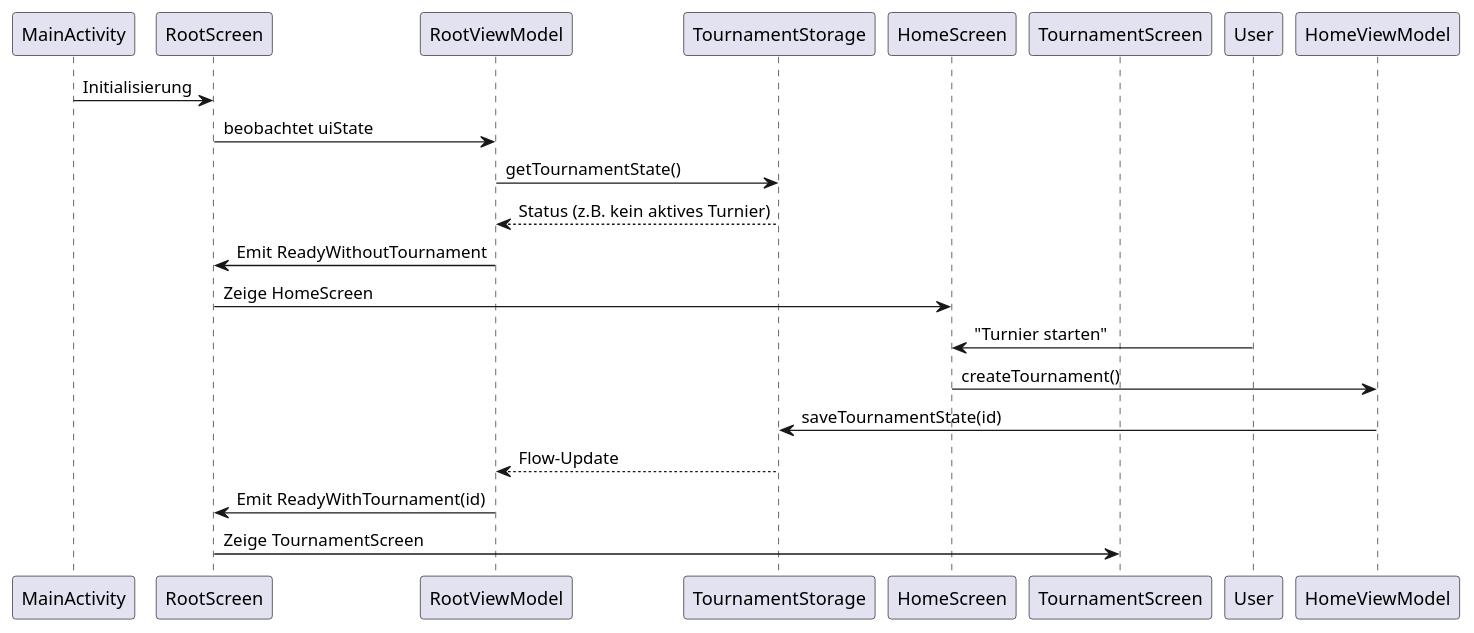
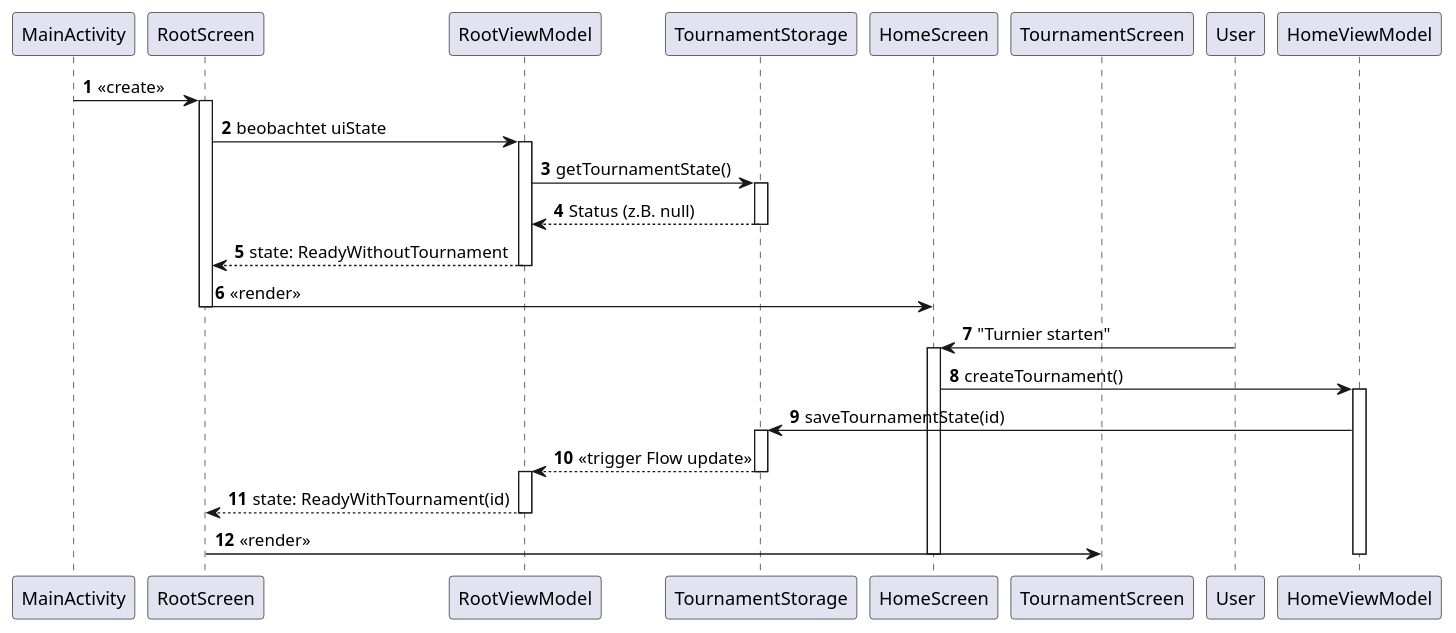
Before and after one commit to kindermaenner/monatsblitz-android-app: the diagram in docs/architecture/src/runtime-navigation.puml, drawn with PlantUML. The commit also changed 6 other files, not shown here.

Commit message:
adapted pictures to uml conformity

```diff
--- a/docs/architecture/src/runtime-navigation.puml
+++ b/docs/architecture/src/runtime-navigation.puml
@@ -1,22 +1,37 @@
 @startuml
+autonumber
 participant "MainActivity" as MA
 participant "RootScreen" as RS
 participant "RootViewModel" as RVM
 participant "TournamentStorage" as TS
 participant "HomeScreen" as Home
 participant "TournamentScreen" as Tour
 
-MA -> RS : Initialisierung
+MA -> RS : <<create>>
+activate RS
 RS -> RVM : beobachtet uiState
+activate RVM
 RVM -> TS : getTournamentState()
-TS --> RVM : Status (z.B. kein aktives Turnier)
-RVM -> RS : Emit ReadyWithoutTournament
-RS -> Home : Zeige HomeScreen
+activate TS
+TS --> RVM : Status (z.B. null)
+deactivate TS
+RVM --> RS : state: ReadyWithoutTournament
+deactivate RVM
+RS -> Home : <<render>>
+deactivate RS
 
 User -> Home : "Turnier starten"
-Home -> HomeViewModel : createTournament()
-HomeViewModel -> TS : saveTournamentState(id)
-TS --> RVM : Flow-Update
-RVM -> RS : Emit ReadyWithTournament(id)
-RS -> Tour : Zeige TournamentScreen
+activate Home
+Home -> "HomeViewModel" as HVM : createTournament()
+activate HVM
+HVM -> TS : saveTournamentState(id)
+activate TS
+TS --> RVM : <<trigger Flow update>>
+deactivate TS
+activate RVM
+RVM --> RS : state: ReadyWithTournament(id)
+deactivate RVM
+RS -> Tour : <<render>>
+deactivate Home
+deactivate HVM
 @enduml
```
